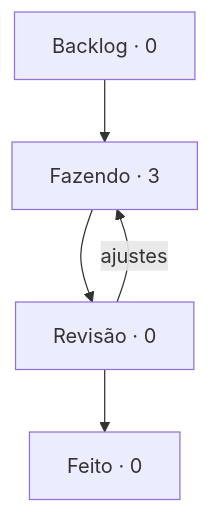
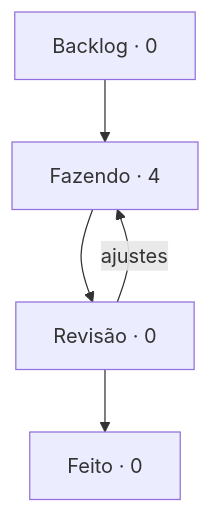
One commit to StudioVibi/VibiKanban changed the diagram in boards/harness/BOARD.md. Above: the diagram before and after it, drawn with Mermaid. The commit also changed other lines of this file and 2 other files, not shown here.

````diff
--- a/boards/harness/BOARD.md
+++ b/boards/harness/BOARD.md
@@ -5,10 +5,10 @@
 ```mermaid
 flowchart TD
-  backlog["Backlog · 0"] --> doing["Fazendo · 3"]
+  backlog["Backlog · 0"] --> doing["Fazendo · 4"]
   doing --> review["Revisão · 0"]
   review --> done["Feito · 0"]
   review -->|ajustes| doing
   doing:::blue
   review:::yellow
   done:::green
 ```
````
